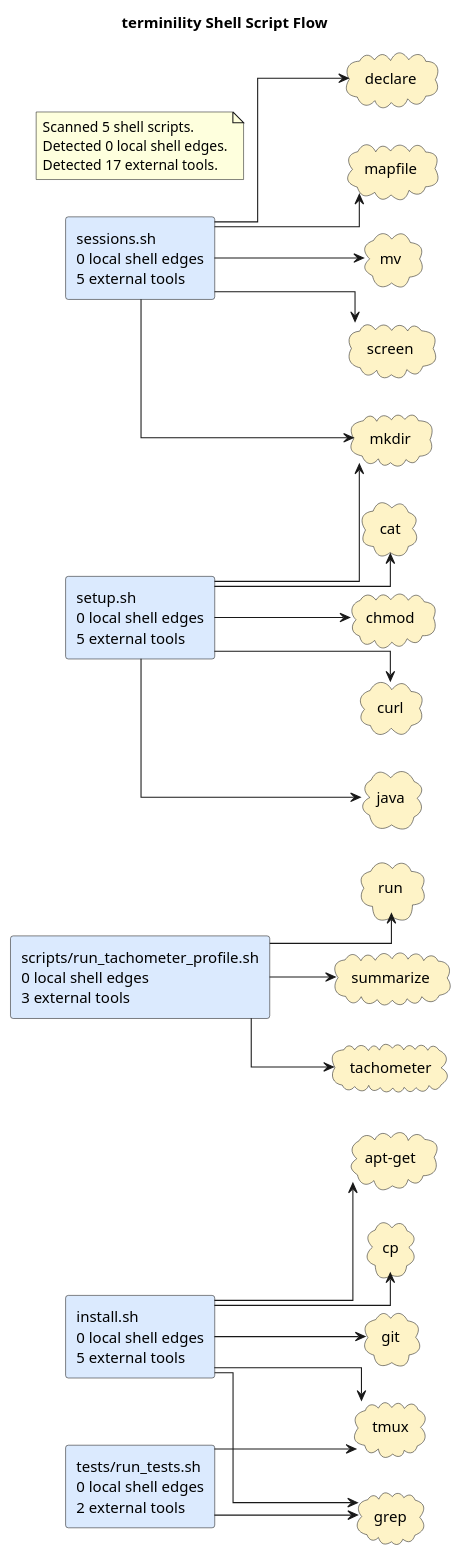
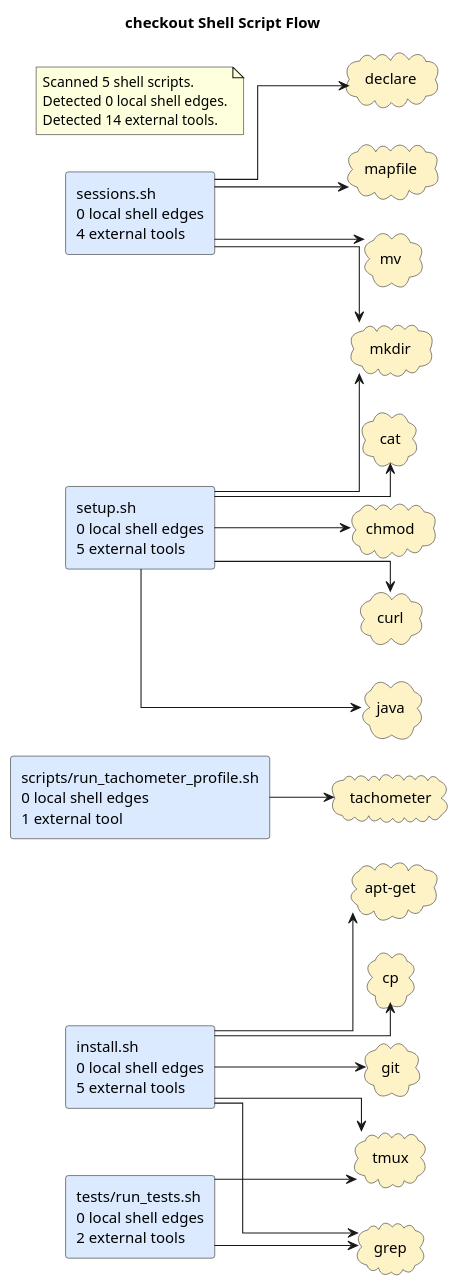
The diagram in docs/diagrams/shell-call-graph.puml (casonk/terminility), drawn with PlantUML before and after one commit. The commit also changed 5 other files, not shown here.

Commit message:
docs: refresh generated architecture diagrams (#14)

```diff
--- a/docs/diagrams/shell-call-graph.puml
+++ b/docs/diagrams/shell-call-graph.puml
@@ -1,55 +1,49 @@
 @startuml
-title terminility Shell Script Flow
+title checkout Shell Script Flow
 left to right direction
 skinparam shadowing false
 skinparam defaultFontName Monospace
 skinparam componentStyle rectangle
 skinparam linetype ortho
 rectangle "install.sh\n0 local shell edges\n5 external tools" as shell_install_sh #DBEAFE
-rectangle "scripts/run_tachometer_profile.sh\n0 local shell edges\n3 external tools" as shell_scripts_run_tachometer_profile_sh #DBEAFE
-rectangle "sessions.sh\n0 local shell edges\n5 external tools" as shell_sessions_sh #DBEAFE
+rectangle "scripts/run_tachometer_profile.sh\n0 local shell edges\n1 external tool" as shell_scripts_run_tachometer_profile_sh #DBEAFE
+rectangle "sessions.sh\n0 local shell edges\n4 external tools" as shell_sessions_sh #DBEAFE
 rectangle "setup.sh\n0 local shell edges\n5 external tools" as shell_setup_sh #DBEAFE
 rectangle "tests/run_tests.sh\n0 local shell edges\n2 external tools" as shell_tests_run_tests_sh #DBEAFE
 cloud "apt-get" as tool_apt_get #FEF3C7
 cloud "cat" as tool_cat #FEF3C7
 cloud "chmod" as tool_chmod #FEF3C7
 cloud "cp" as tool_cp #FEF3C7
 cloud "curl" as tool_curl #FEF3C7
 cloud "declare" as tool_declare #FEF3C7
 cloud "git" as tool_git #FEF3C7
 cloud "grep" as tool_grep #FEF3C7
 cloud "java" as tool_java #FEF3C7
 cloud "mapfile" as tool_mapfile #FEF3C7
 cloud "mkdir" as tool_mkdir #FEF3C7
 cloud "mv" as tool_mv #FEF3C7
-cloud "run" as tool_run #FEF3C7
-cloud "screen" as tool_screen #FEF3C7
-cloud "summarize" as tool_summarize #FEF3C7
 cloud "tachometer" as tool_tachometer #FEF3C7
 cloud "tmux" as tool_tmux #FEF3C7
 shell_install_sh --> tool_apt_get
 shell_install_sh --> tool_cp
 shell_install_sh --> tool_git
 shell_install_sh --> tool_grep
 shell_install_sh --> tool_tmux
-shell_scripts_run_tachometer_profile_sh --> tool_run
-shell_scripts_run_tachometer_profile_sh --> tool_summarize
 shell_scripts_run_tachometer_profile_sh --> tool_tachometer
 shell_sessions_sh --> tool_declare
 shell_sessions_sh --> tool_mapfile
 shell_sessions_sh --> tool_mkdir
 shell_sessions_sh --> tool_mv
-shell_sessions_sh --> tool_screen
 shell_setup_sh --> tool_cat
 shell_setup_sh --> tool_chmod
 shell_setup_sh --> tool_curl
 shell_setup_sh --> tool_java
 shell_setup_sh --> tool_mkdir
 shell_tests_run_tests_sh --> tool_grep
 shell_tests_run_tests_sh --> tool_tmux
 note as shellGraphSummary
 Scanned 5 shell scripts.
 Detected 0 local shell edges.
-Detected 17 external tools.
+Detected 14 external tools.
 end note
 @enduml
```
